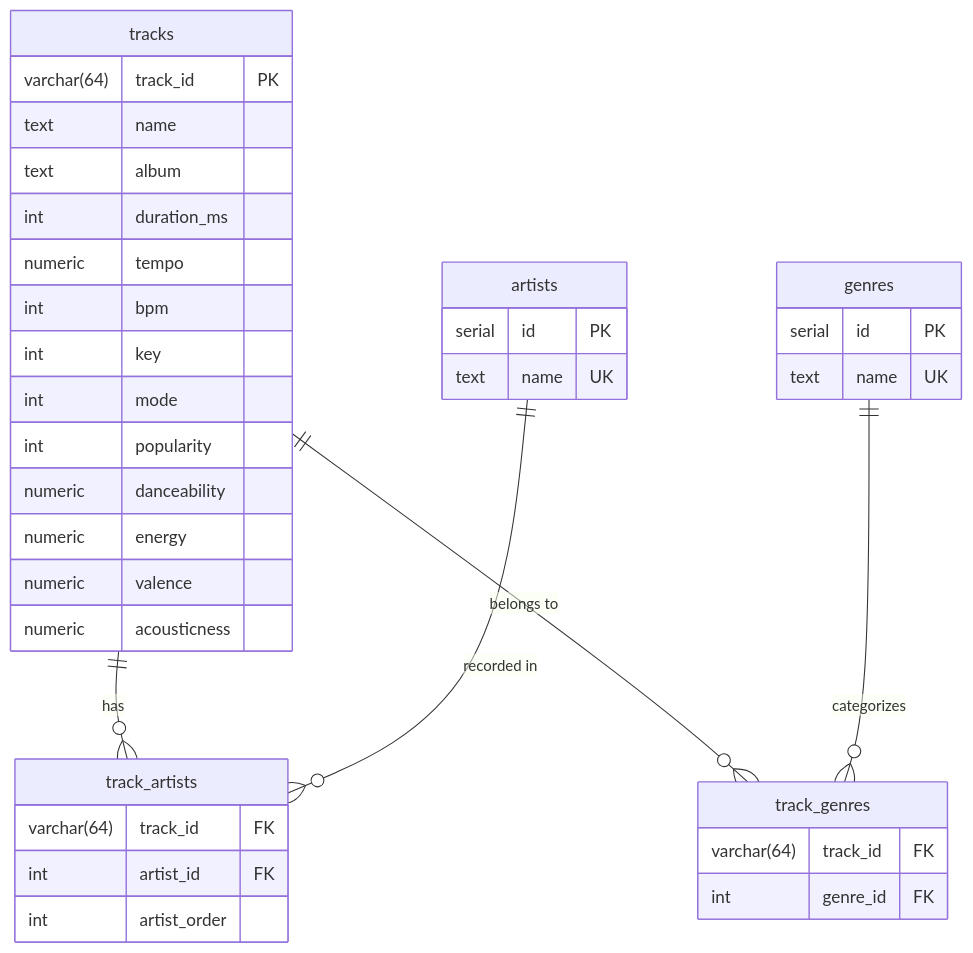
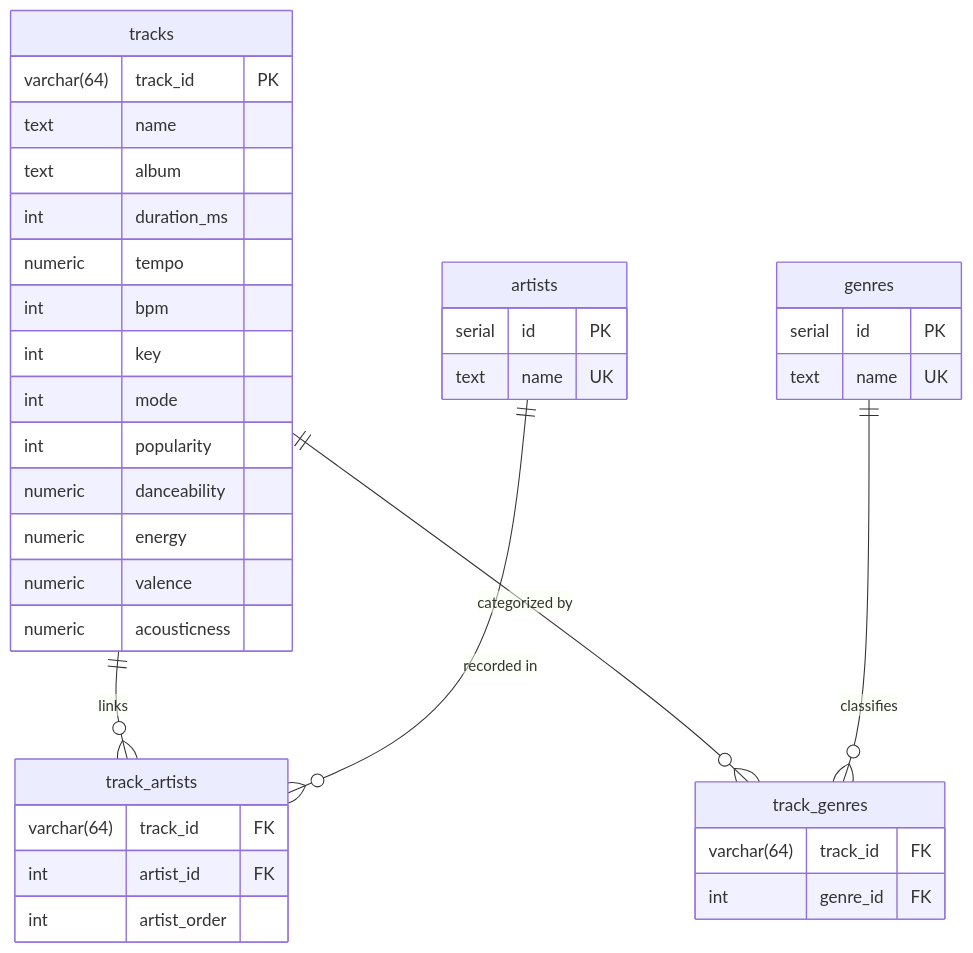
The diagram in README.md (yashensha/musickeychecker), drawn with Mermaid before and after one commit. The commit also changed other lines of this file, not shown here.

````diff
--- a/README.md
+++ b/README.md
@@ -55,44 +103,44 @@
 ```mermaid
 erDiagram
-    tracks ||--o{ track_artists : "has"
+    tracks ||--o{ track_artists : "links"
     artists ||--o{ track_artists : "recorded in"
-    tracks ||--o{ track_genres : "belongs to"
-    genres ||--o{ track_genres : "categorizes"
+    tracks ||--o{ track_genres : "categorized by"
+    genres ||--o{ track_genres : "classifies"
 
     tracks {
         varchar(64) track_id PK
         text name
         text album
         int duration_ms
         numeric tempo
         int bpm
         int key
         int mode
         int popularity
         numeric danceability
         numeric energy
         numeric valence
         numeric acousticness
     }
 
     artists {
         serial id PK
         text name UK
     }
 
     genres {
         serial id PK
         text name UK
     }
 
     track_artists {
         varchar(64) track_id FK
         int artist_id FK
         int artist_order
     }
 
     track_genres {
         varchar(64) track_id FK
         int genre_id FK
     }
 ```
````
